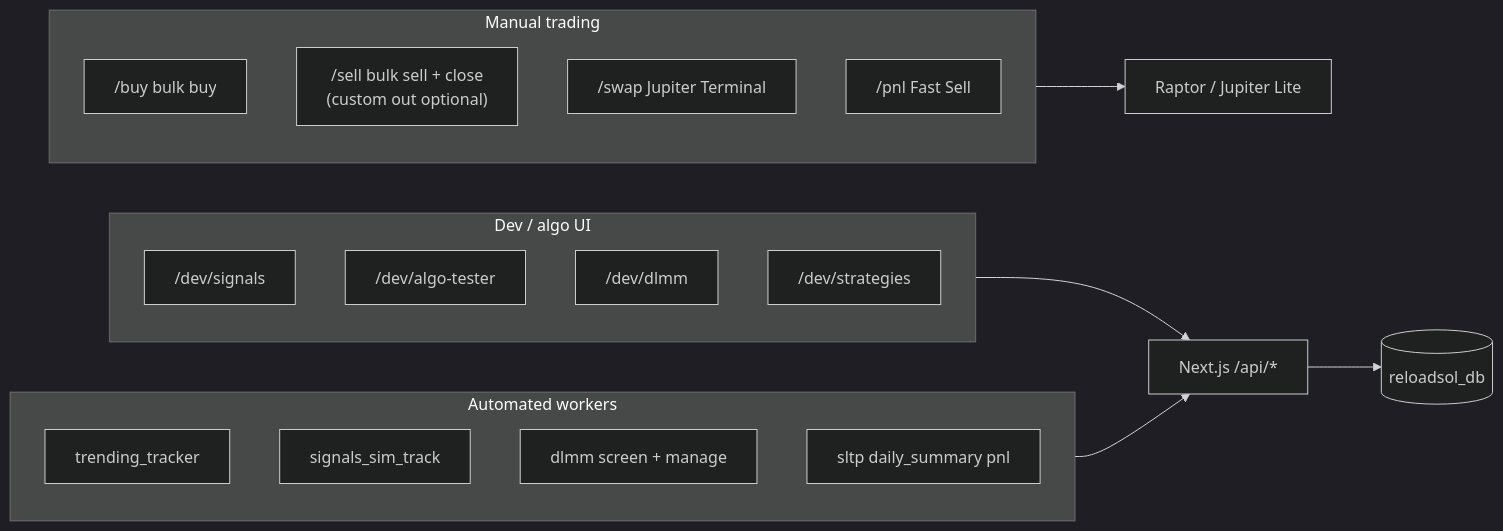
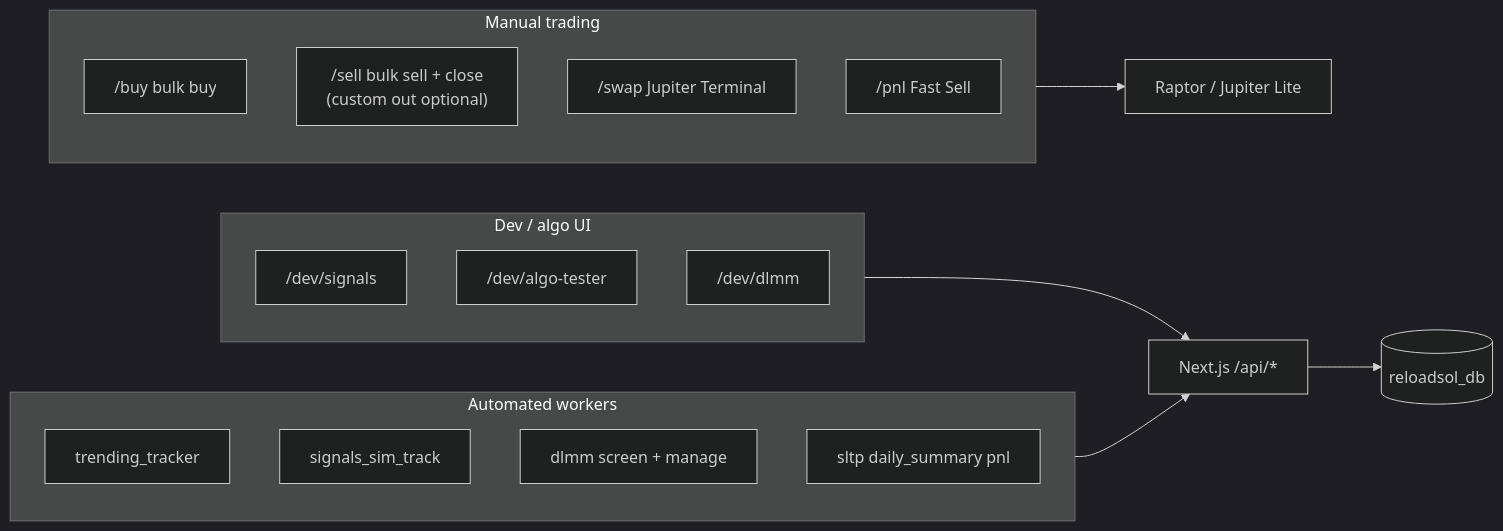
Before and after one commit to studentofcoding/reloadsol: the second of 3 diagrams in docs/architecture.md, drawn with Mermaid (dark theme). The commit also changed other lines of this file and 20 other files, not shown here.

````diff
--- a/docs/architecture.md
+++ b/docs/architecture.md
@@ -70,28 +70,27 @@
 ```mermaid
 flowchart LR
   subgraph manual [Manual trading]
     Buy["/buy bulk buy"]
     Sell["/sell bulk sell + close\n(custom out optional)"]
     Swap["/swap Jupiter Terminal"]
     PnL["/pnl Fast Sell"]
   end
 
   subgraph dev [Dev / algo UI]
     Signals["/dev/signals"]
     Algo["/dev/algo-tester"]
     DLMM["/dev/dlmm"]
-    Strategies["/dev/strategies"]
   end
 
   subgraph auto [Automated workers]
     Trending[trending_tracker]
     SignalsSim[signals_sim_track]
     DLMMCron[dlmm screen + manage]
     Infra[sltp daily_summary pnl]
   end
 
   manual --> Raptor[Raptor / Jupiter Lite]
   dev --> API[Next.js /api/*]
   auto --> API
   API --> Postgres[(reloadsol_db)]
 ```
````
